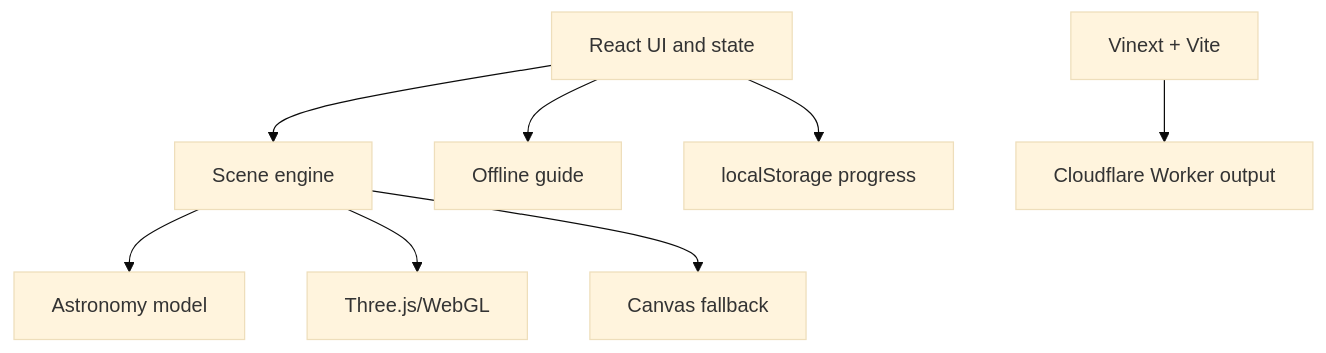
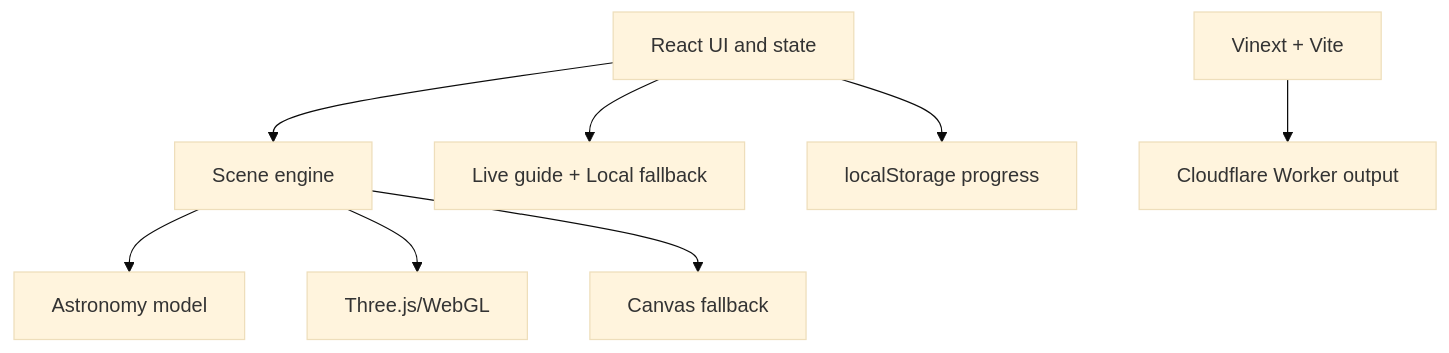
The first of 2 diagrams in ARCHITECTURE.md (gabortardos/solar-system-explorer), drawn with Mermaid (base theme) before and after one commit. The commit also changed other lines of this file and 14 other files, not shown here.

````diff
--- a/ARCHITECTURE.md
+++ b/ARCHITECTURE.md
@@ -11,10 +11,10 @@
 ```mermaid
 flowchart TD
   UI["React UI and state"] --> Engine["Scene engine"]
-  UI --> Guide["Offline guide"]
+  UI --> Guide["Live guide + Local fallback"]
   UI --> Store["localStorage progress"]
   Engine --> Model["Astronomy model"]
   Engine --> WebGL["Three.js/WebGL"]
   Engine --> Canvas["Canvas fallback"]
   Build["Vinext + Vite"] --> Worker["Cloudflare Worker output"]
 ```
````
